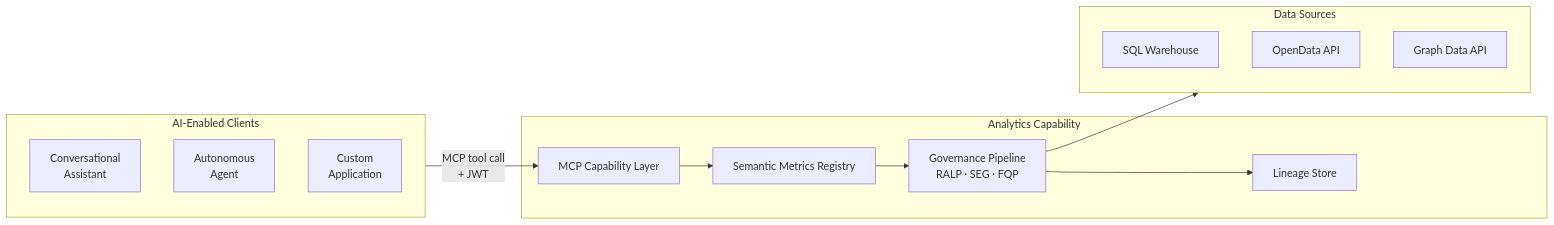
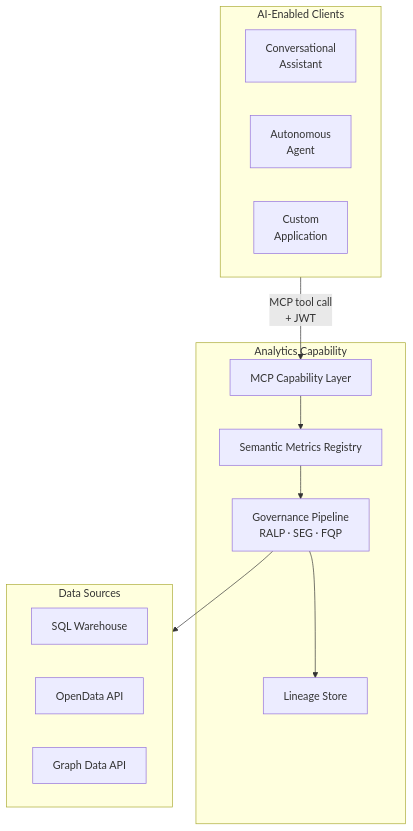
The diagram in docs/product/analytics/01-platform-overview.md (M-A-Operating-System/shared-work), drawn with Mermaid before and after one commit.

Commit message:
Change flowchart direction in platform overview
Updated flowchart direction from LR to TB.

````diff
--- a/docs/product/analytics/01-platform-overview.md
+++ b/docs/product/analytics/01-platform-overview.md
@@ -93,27 +93,27 @@
 ```mermaid
-flowchart LR
+flowchart TB
     subgraph clients["AI-Enabled Clients"]
         A1["Conversational\nAssistant"]
         A2["Autonomous\nAgent"]
         A3["Custom\nApplication"]
     end
 
     subgraph platform["Analytics Capability"]
         B1["MCP Capability Layer"]
         B2["Semantic Metrics Registry"]
         B3["Governance Pipeline\nRALP · SEG · FQP"]
         B4["Lineage Store"]
     end
 
     subgraph data["Data Sources"]
         C1["SQL Warehouse"]
         C2["OpenData API"]
         C3["Graph Data API"]
     end
 
     clients -->|"MCP tool call\n+ JWT"| B1
     B1 --> B2
     B2 --> B3
     B3 --> B4
     B3 --> data
 ```
````
